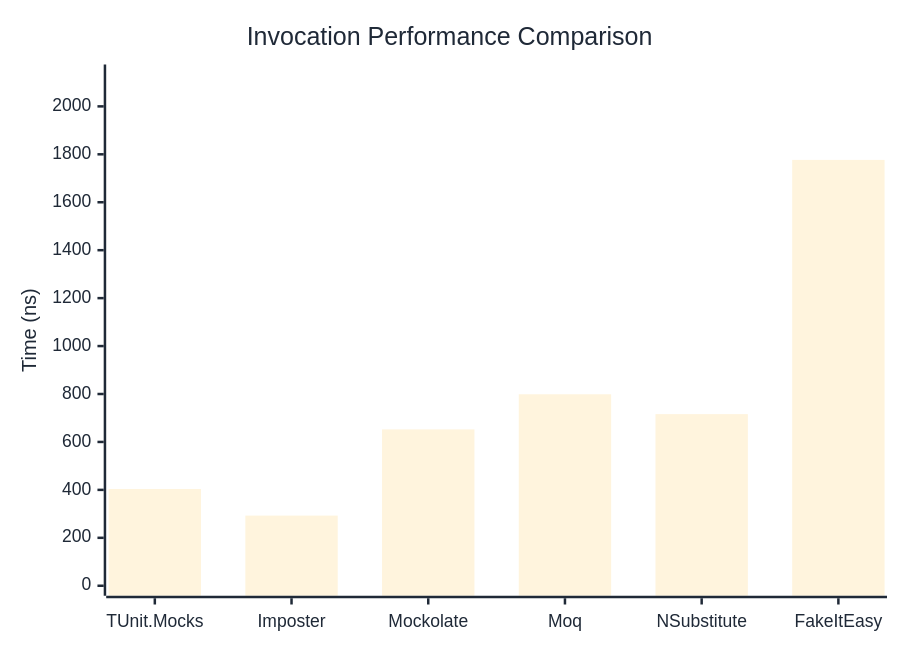
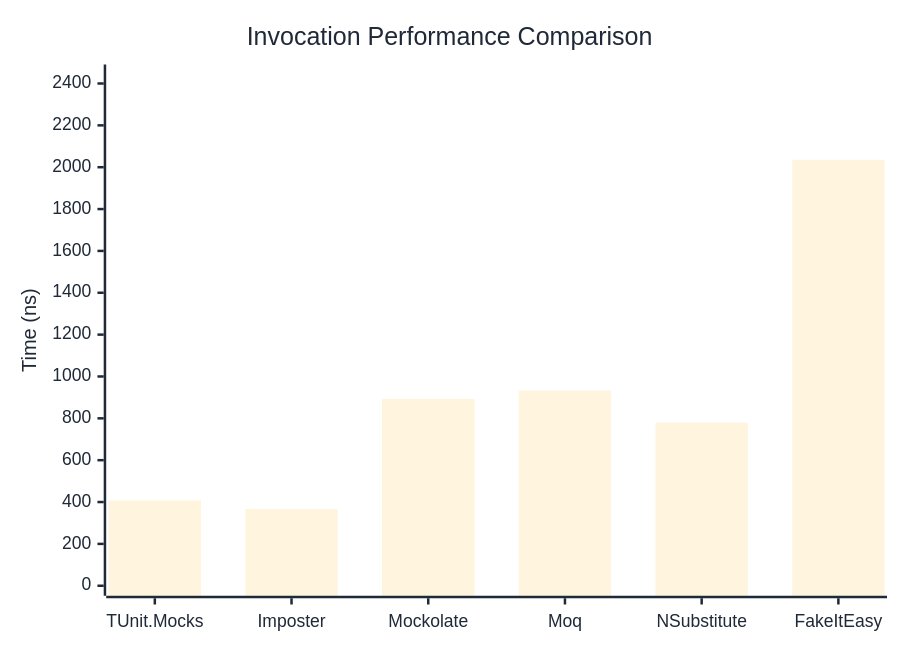
Before and after one commit to thomhurst/TUnit: the first of 3 diagrams in docs/docs/benchmarks/mocks/Invocation.md, drawn with Mermaid. The commit also changed other lines of this file and 14 other files, not shown here.

````diff
--- a/docs/docs/benchmarks/mocks/Invocation.md
+++ b/docs/docs/benchmarks/mocks/Invocation.md
@@ -28,27 +28,27 @@
 ```mermaid
 %%{init: {
   'theme':'base',
   'themeVariables': {
     'primaryColor': '#2563eb',
     'primaryTextColor': '#1f2937',
     'primaryBorderColor': '#1e40af',
     'lineColor': '#6b7280',
     'secondaryColor': '#7c3aed',
     'tertiaryColor': '#dc2626',
     'background': '#ffffff',
     'pie1': '#2563eb',
     'pie2': '#7c3aed',
     'pie3': '#dc2626',
     'pie4': '#f59e0b',
     'pie5': '#10b981',
     'pie6': '#06b6d4',
     'pie7': '#ec4899',
     'pie8': '#6366f1'
   }
 }}%%
 xychart-beta
   title "Invocation Performance Comparison"
   x-axis ["TUnit.Mocks", "Imposter", "Mockolate", "Moq", "NSubstitute", "FakeItEasy"]
-  y-axis "Time (ns)" 0 --> 2133
-  bar [403.7, 292.7, 652.4, 798.9, 716, 1776.7]
+  y-axis "Time (ns)" 0 --> 2443
+  bar [407.4, 367.2, 893.1, 932.6, 779.3, 2035.5]
 ```
````
